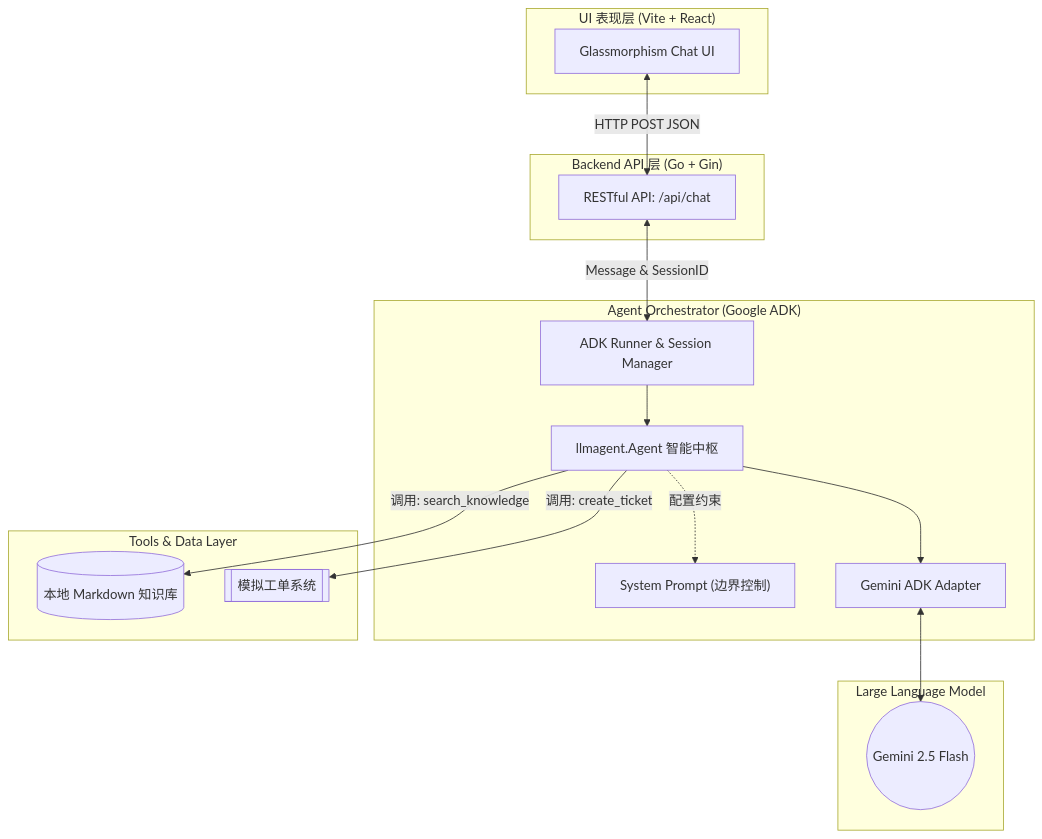
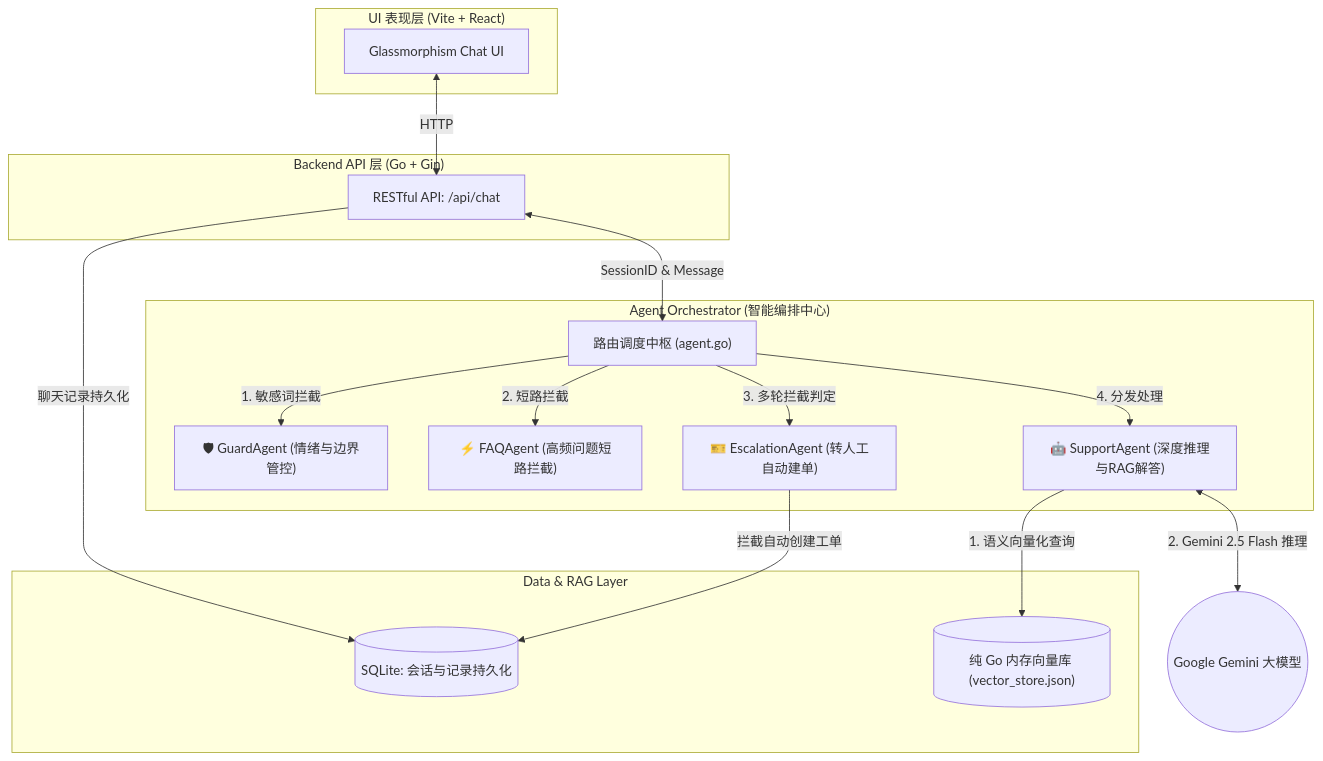
The first of 2 diagrams in README.md (everlp/OmniDesk), drawn with Mermaid before and after one commit. The commit also changed other lines of this file and 21 other files, not shown here.

Commit message:
feat: upgrade to multi-agent architecture with zero-dependency RAG

````diff
--- a/README.md
+++ b/README.md
@@ -18,45 +16,43 @@
 ```mermaid
 graph TD
     %% 前端层
     subgraph Frontend ["UI 表现层 (Vite + React)"]
         UI["Glassmorphism Chat UI"]
     end
 
     %% 后端服务层
     subgraph Backend ["Backend API 层 (Go + Gin)"]
         API["RESTful API: /api/chat"]
     end
 
-    %% Agent 引擎层
-    subgraph AgentEngine ["Agent Orchestrator (Google ADK)"]
-        Runner["ADK Runner & Session Manager"]
-        AgentCore["llmagent.Agent 智能中枢"]
+    %% Agent 引擎层 (Multi-Agent)
+    subgraph AgentEngine ["Agent Orchestrator (智能编排中心)"]
+        Orchestrator["路由调度中枢 (agent.go)"]
         
-        %% 护栏与知识库
-        Guardrails["System Prompt (边界控制)"]
-        Adapter["Gemini ADK Adapter"]
+        GuardAgent["🛡 GuardAgent (情绪与边界管控)"]
+        FAQAgent["⚡️ FAQAgent (高频问题短路拦截)"]
+        EscalationAgent["🎫 EscalationAgent (转人工自动建单)"]
+        SupportAgent["🤖 SupportAgent (深度推理与RAG解答)"]
     end
 
-    %% 外部工具/数据层
-    subgraph ToolsData ["Tools & Data Layer"]
-        KnowledgeBase[("本地 Markdown 知识库")]
-        TicketSystem[["模拟工单系统"]]
-    end
-
-    %% 核心模型
-    subgraph LLM ["Large Language Model"]
-        Gemini(("Gemini 2.5 Flash"))
+    %% RAG & 数据持久层
+    subgraph DataLayer ["Data & RAG Layer"]
+        SQLite[("SQLite: 会话与记录持久化")]
+        VectorDB[("纯 Go 内存向量库 (vector_store.json)")]
     end
 
     %% 链路连接
-    UI <-->|HTTP POST JSON| API
-    API <-->|Message & SessionID| Runner
-    Runner --> AgentCore
-    AgentCore --> Adapter
-    Adapter <--> Gemini
-    AgentCore -.->|配置约束| Guardrails
-
-    %% 工具调用链路
-    AgentCore -->|调用: search_knowledge| KnowledgeBase
-    AgentCore -->|调用: create_ticket| TicketSystem
+    UI <-->|HTTP| API
+    API <-->|SessionID & Message| Orchestrator
+    
+    Orchestrator -->|1. 敏感词拦截| GuardAgent
+    Orchestrator -->|2. 短路拦截| FAQAgent
+    Orchestrator -->|3. 多轮拦截判定| EscalationAgent
+    Orchestrator -->|4. 分发处理| SupportAgent
+    
+    SupportAgent -->|1. 语义向量化查询| VectorDB
+    SupportAgent <-->|2. Gemini 2.5 Flash 推理| LLM(("Google Gemini 大模型"))
+    
+    EscalationAgent -->|拦截自动创建工单| SQLite
+    API -->|聊天记录持久化| SQLite
 ```
````
